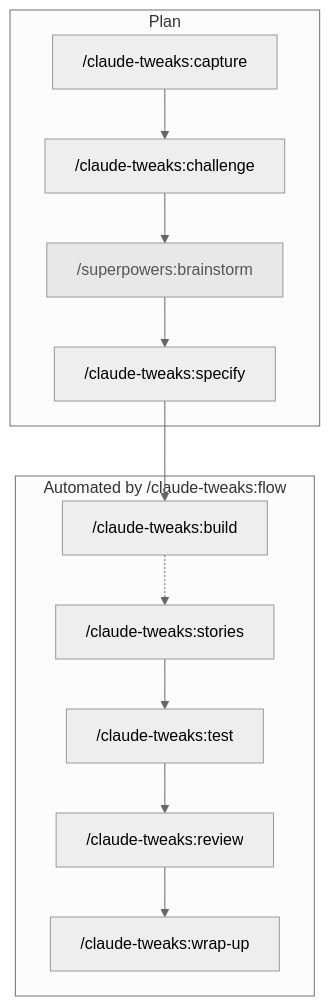
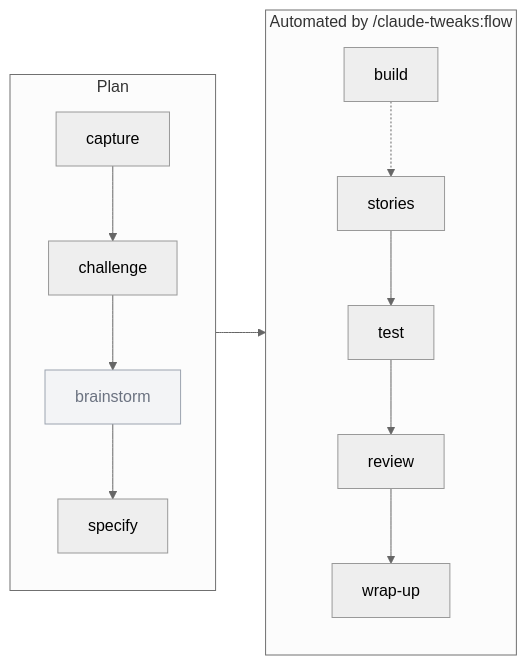
The first of 2 diagrams in README.md (thomasholknielsen/claude-tweaks), drawn with Mermaid (neutral theme) before and after one commit. The commit also changed other lines of this file, not shown here.

First line of the commit message:
Improve Mermaid diagram layout — side-by-side subgraphs, compact labels

````diff
--- a/README.md
+++ b/README.md
@@ -57,19 +57,21 @@
 ```mermaid
-graph TD
+graph LR
   subgraph Plan
-    capture["/claude-tweaks:capture"] --> challenge["/claude-tweaks:challenge"]
-    challenge --> brainstorm["/superpowers:brainstorm"]:::sp
-    brainstorm --> specify["/claude-tweaks:specify"]
+    direction TB
+    capture["capture"] --> challenge["challenge"]
+    challenge --> brainstorm["brainstorm"]:::sp
+    brainstorm --> specify["specify"]
   end
 
-  subgraph Ship ["Automated by /claude-tweaks:flow"]
-    build["/claude-tweaks:build"] -.-> stories["/claude-tweaks:stories"]
-    stories --> test["/claude-tweaks:test"]
-    test --> review["/claude-tweaks:review"]
-    review --> wrapup["/claude-tweaks:wrap-up"]
+  subgraph Pipeline ["Automated by /claude-tweaks:flow"]
+    direction TB
+    build["build"] -.-> stories["stories"]
+    stories --> test["test"]
+    test --> review["review"]
+    review --> wrapup["wrap-up"]
   end
 
   specify --> build
 
-  classDef sp fill:#e8e8e8,stroke:#999,color:#555
+  classDef sp fill:#f3f4f6,stroke:#9ca3af,color:#6b7280
 ```
````
